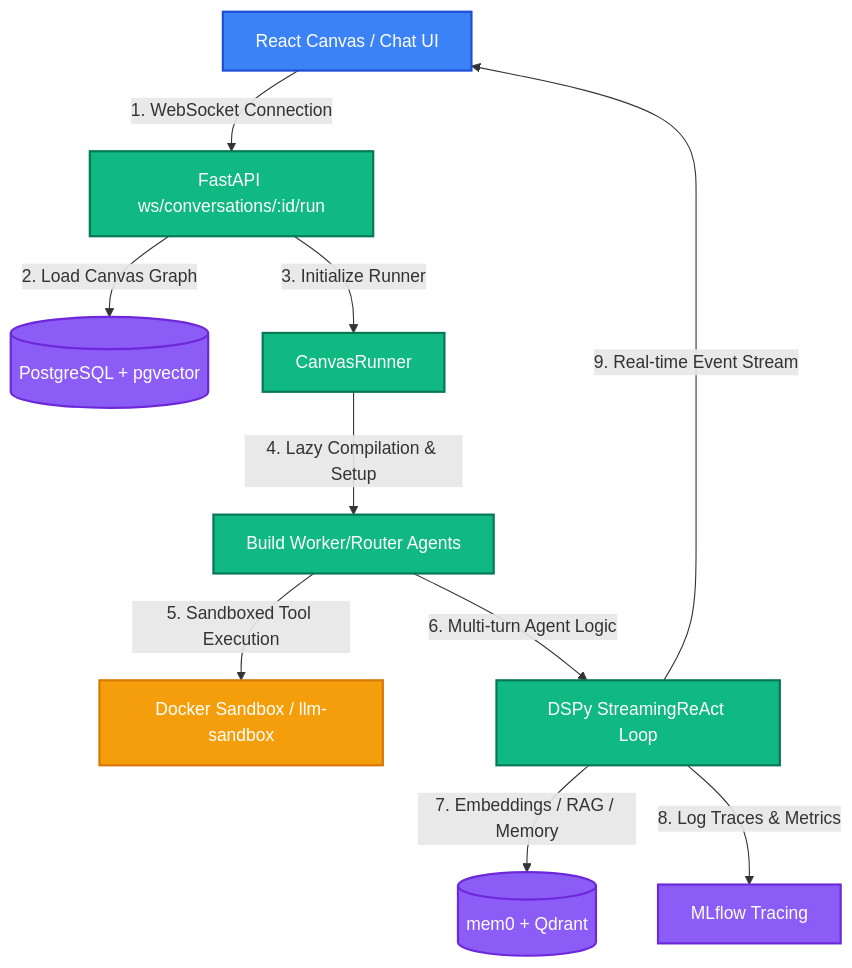
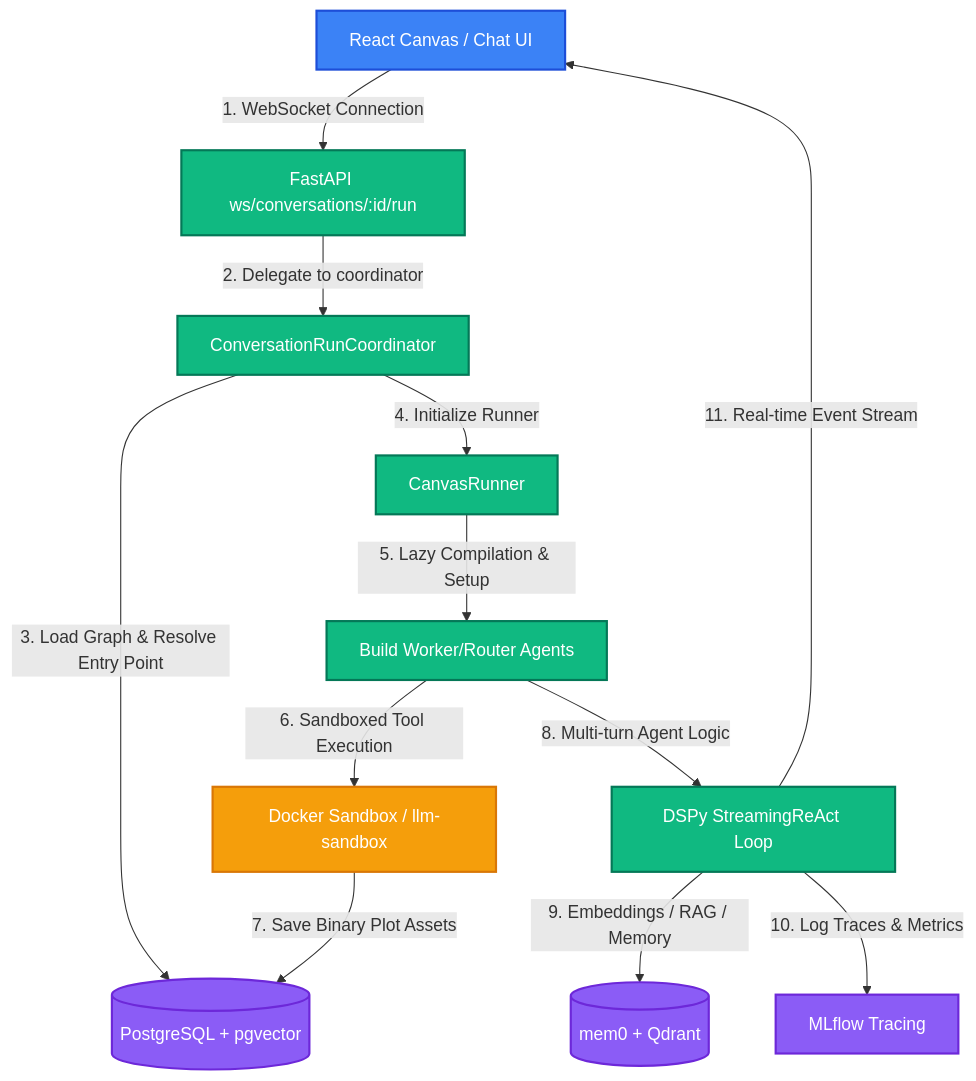
Before and after one commit to manojmanivannan/AgentGraphStudio: the diagram in README.md, drawn with Mermaid. The commit also changed other lines of this file and 2 other files, not shown here.

Commit message:
feat: implement persistent database-backed plot storage, entry point node configuration, conversation ZIP import/export, and automatic plot link recovery.

````diff
--- a/README.md
+++ b/README.md
@@ -43,17 +43,19 @@
 ```mermaid
 graph TD
     classDef frontend fill:#3b82f6,stroke:#1d4ed8,stroke-width:2px,color:#fff;
     classDef backend fill:#10b981,stroke:#047857,stroke-width:2px,color:#fff;
     classDef storage fill:#8b5cf6,stroke:#6d28d9,stroke-width:2px,color:#fff;
     classDef sandbox fill:#f59e0b,stroke:#d97706,stroke-width:2px,color:#fff;
 
     A["React Canvas / Chat UI"]:::frontend -->|1. WebSocket Connection| B["FastAPI ws/conversations/:id/run"]:::backend
-    B -->|2. Load Canvas Graph| C[("PostgreSQL + pgvector")]:::storage
-    B -->|3. Initialize Runner| D["CanvasRunner"]:::backend
-    D -->|4. Lazy Compilation & Setup| E["Build Worker/Router Agents"]:::backend
-    E -->|5. Sandboxed Tool Execution| F["Docker Sandbox / llm-sandbox"]:::sandbox
-    E -->|6. Multi-turn Agent Logic| G["DSPy StreamingReAct Loop"]:::backend
-    G -->|7. Embeddings / RAG / Memory| H[("mem0 + Qdrant")]:::storage
-    G -->|8. Log Traces & Metrics| I["MLflow Tracing"]:::storage
-    G -->|9. Real-time Event Stream| A
+    B -->|2. Delegate to coordinator| J["ConversationRunCoordinator"]:::backend
+    J -->|3. Load Graph & Resolve Entry Point| C[("PostgreSQL + pgvector")]:::storage
+    J -->|4. Initialize Runner| D["CanvasRunner"]:::backend
+    D -->|5. Lazy Compilation & Setup| E["Build Worker/Router Agents"]:::backend
+    E -->|6. Sandboxed Tool Execution| F["Docker Sandbox / llm-sandbox"]:::sandbox
+    F -->|7. Save Binary Plot Assets| C
+    E -->|8. Multi-turn Agent Logic| G["DSPy StreamingReAct Loop"]:::backend
+    G -->|9. Embeddings / RAG / Memory| H[("mem0 + Qdrant")]:::storage
+    G -->|10. Log Traces & Metrics| I["MLflow Tracing"]:::storage
+    G -->|11. Real-time Event Stream| A
 ```
````
